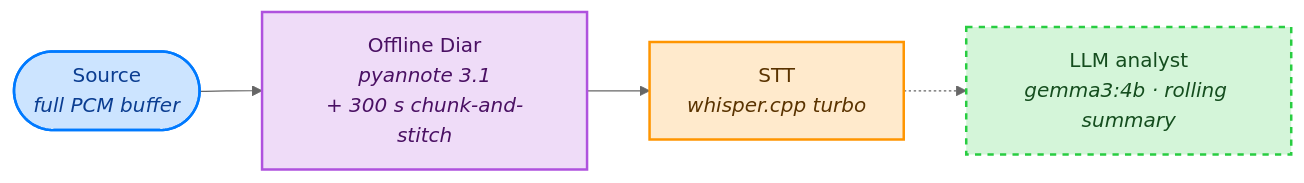
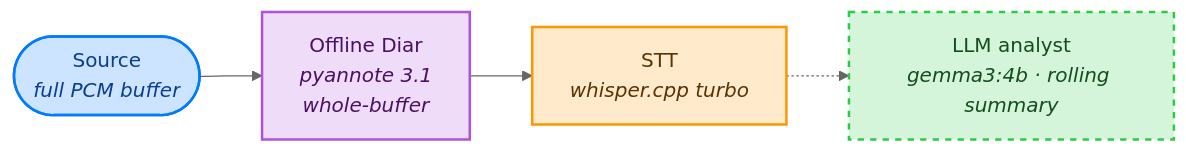
Before and after one commit to warith-harchaoui/vocal-helper: the second of 2 diagrams in README.md, drawn with Mermaid (neutral theme). The commit also changed other lines of this file and 14 other files, not shown here.

First line of the commit message:
feat!: HF-free offline stack via self-hosted bundle + whole-buffer default (0.4.0)

````diff
--- a/README.md
+++ b/README.md
@@ -49,12 +49,12 @@
 ```mermaid
 flowchart LR
     S([Source<br/><i>full PCM buffer</i>]):::source
-      --> D[Offline Diar<br/><i>pyannote 3.1<br/>+ 300 s chunk-and-stitch</i>]:::diar
+      --> D[Offline Diar<br/><i>pyannote 3.1<br/>whole-buffer</i>]:::diar
       --> A[STT<br/><i>whisper.cpp turbo</i>]:::asr
       -.-> L[LLM analyst<br/><i>gemma3:4b · rolling summary</i>]:::llm
 
     classDef source fill:#CCE4FF,stroke:#007AFF,stroke-width:2px,color:#0b3d91
     classDef diar   fill:#EFDCF8,stroke:#AF52DE,stroke-width:2px,color:#4a1063
     classDef asr    fill:#FFEACC,stroke:#FF9500,stroke-width:2px,color:#5a3300
     classDef llm    fill:#D4F5D9,stroke:#28CD41,stroke-width:2px,color:#144d1e,stroke-dasharray: 5 5
 ```
````
